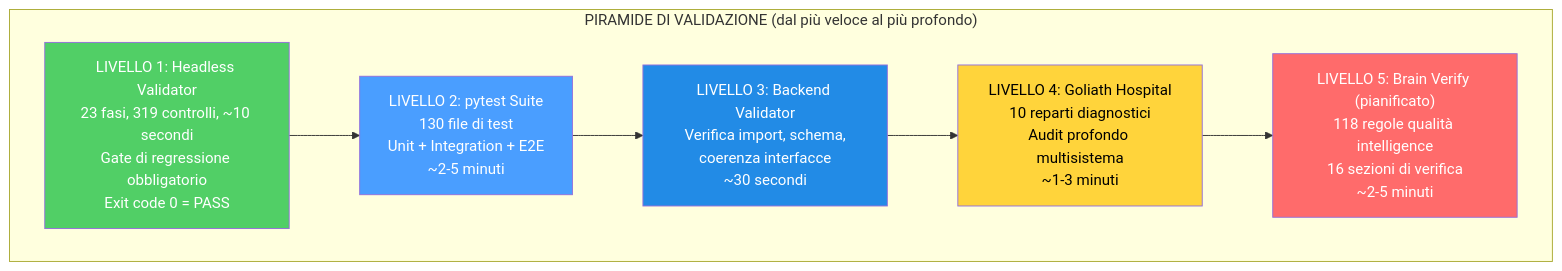
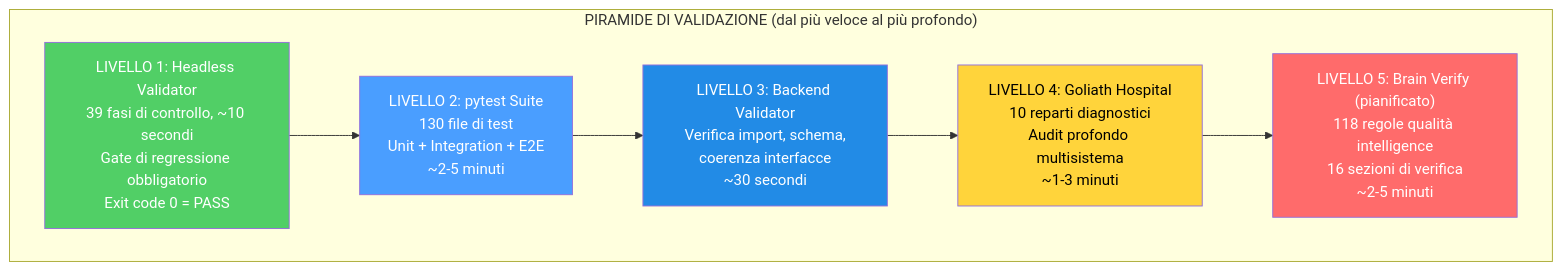
One commit to renanaugustomacena-ux/Counter-Strike-coach-AI changed diagram 38 of 52 in docs/books/Book-Coach-3.md. Above: the diagram before and after it, drawn with Mermaid. The commit also changed other lines of this file and 4 other files, not shown here.

````diff
--- a/docs/books/Book-Coach-3.md
+++ b/docs/books/Book-Coach-3.md
@@ -2023,16 +2035,16 @@
 ```mermaid
 flowchart TB
     subgraph PYRAMID["PIRAMIDE DI VALIDAZIONE (dal più veloce al più profondo)"]
-        L1["LIVELLO 1: Headless Validator<br/>23 fasi, 319 controlli, ~10 secondi<br/>Gate di regressione obbligatorio<br/>Exit code 0 = PASS"]
+        L1["LIVELLO 1: Headless Validator<br/>39 fasi di controllo, ~10 secondi<br/>Gate di regressione obbligatorio<br/>Exit code 0 = PASS"]
         L2["LIVELLO 2: pytest Suite<br/>130 file di test<br/>Unit + Integration + E2E<br/>~2-5 minuti"]
         L3["LIVELLO 3: Backend Validator<br/>Verifica import, schema,<br/>coerenza interfacce<br/>~30 secondi"]
         L4["LIVELLO 4: Goliath Hospital<br/>10 reparti diagnostici<br/>Audit profondo multisistema<br/>~1-3 minuti"]
         L5["LIVELLO 5: Brain Verify (pianificato)<br/>118 regole qualità intelligence<br/>16 sezioni di verifica<br/>~2-5 minuti"]
     end
     L1 --> L2 --> L3 --> L4 --> L5
     style L1 fill:#51cf66,color:#fff
     style L2 fill:#4a9eff,color:#fff
     style L3 fill:#228be6,color:#fff
     style L4 fill:#ffd43b,color:#000
     style L5 fill:#ff6b6b,color:#fff
 ```
````
